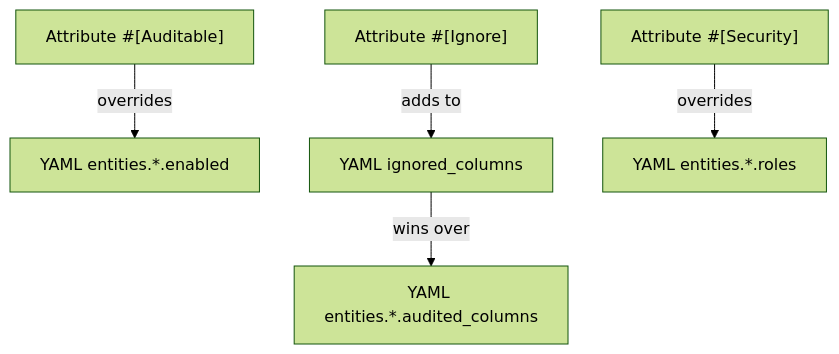
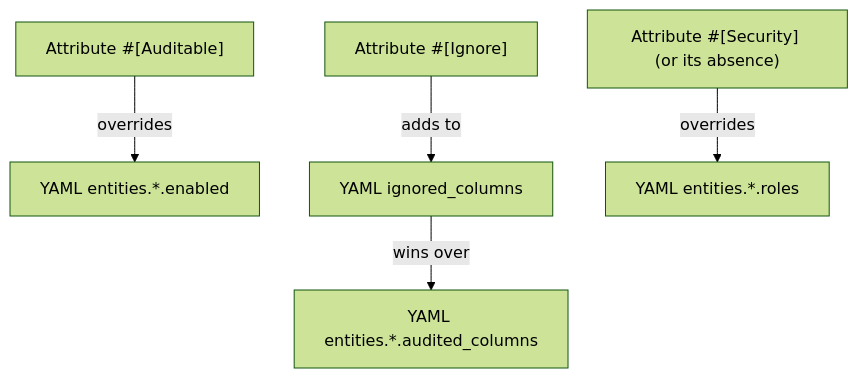
One commit to DamienHarper/auditor-bundle changed the diagram in docs/configuration/attributes.md. Above: the diagram before and after it, drawn with Mermaid (forest theme). The commit also changed other lines of this file and 13 other files, not shown here.

````diff
--- a/docs/configuration/attributes.md
+++ b/docs/configuration/attributes.md
@@ -206,7 +209,7 @@
 ```mermaid
 flowchart TD
     A["Attribute #[Auditable]"] -->|overrides| B["YAML entities.*.enabled"]
     C["Attribute #[Ignore]"] -->|adds to| D["YAML ignored_columns"]
     D -->|wins over| G["YAML entities.*.audited_columns"]
-    E["Attribute #[Security]"] -->|overrides| F["YAML entities.*.roles"]
+    E["Attribute #[Security] (or its absence)"] -->|overrides| F["YAML entities.*.roles"]
 ```
````
